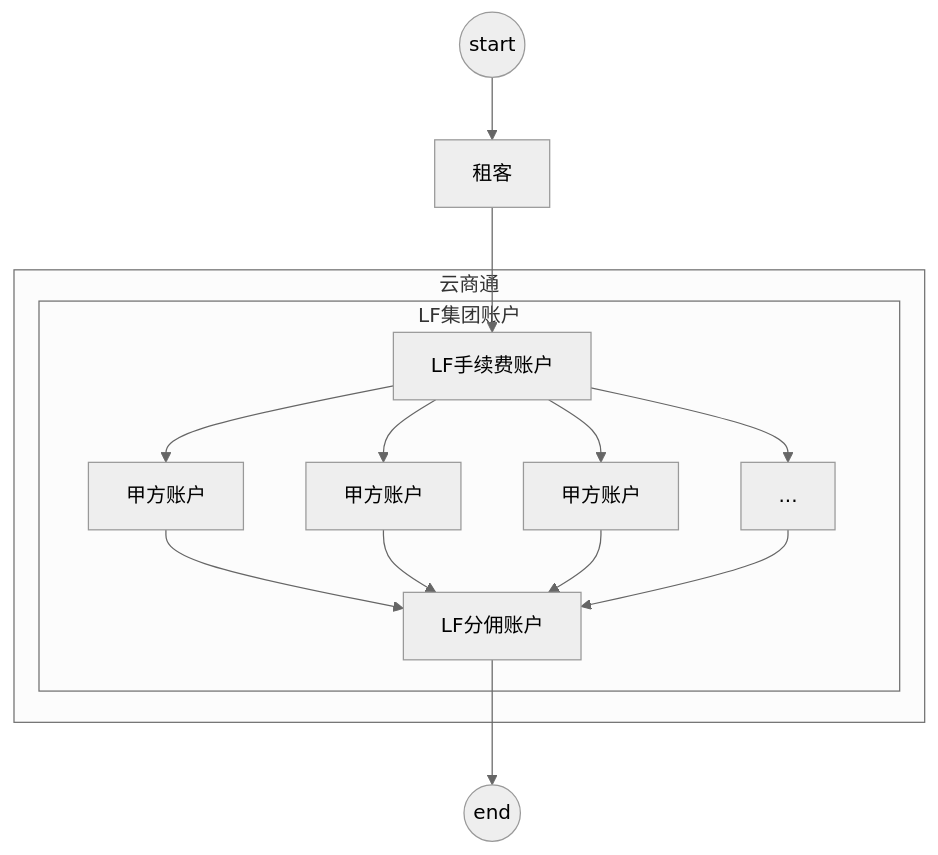
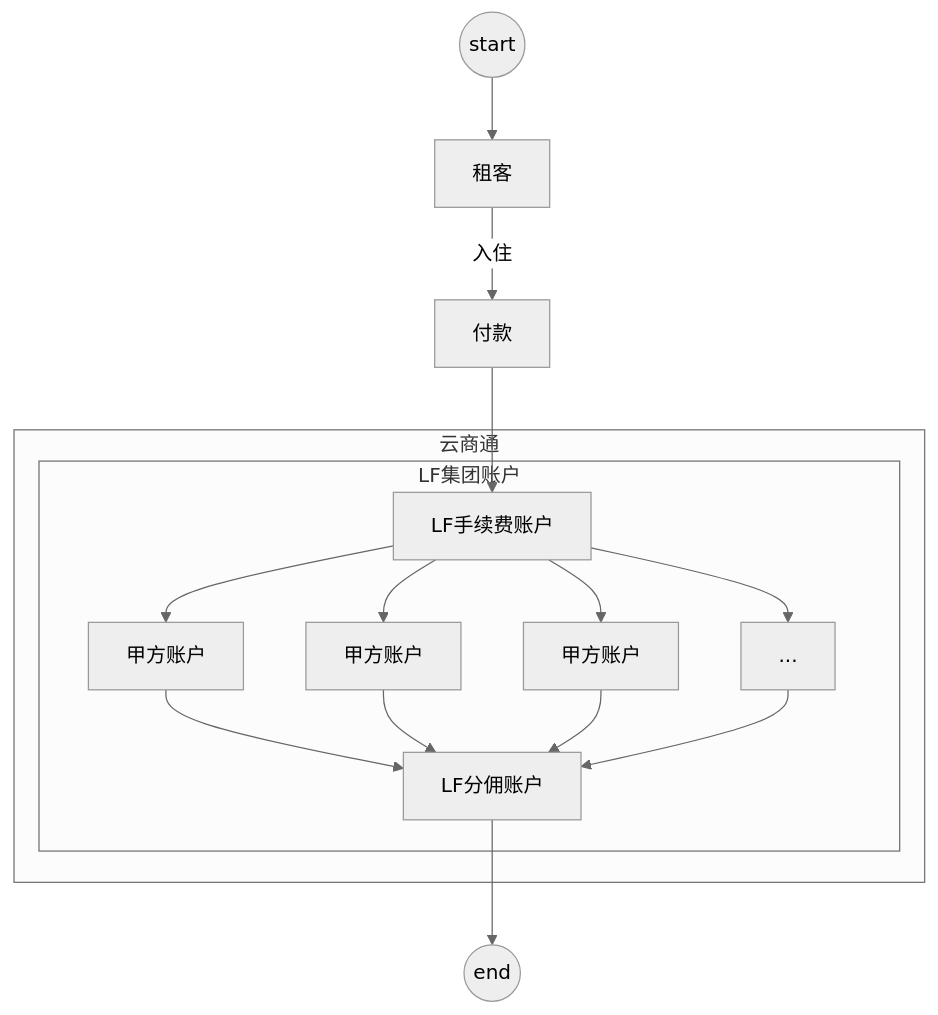
The first of 4 diagrams in pay/allinpay.md (kxshu/mdp-lab), drawn with Mermaid (neutral theme) before and after one commit. The commit also changed other lines of this file, not shown here.

Commit message:
add flowchart

````diff
--- a/pay/allinpay.md
+++ b/pay/allinpay.md
@@ -4,29 +4,31 @@
 ```mermaid
 graph TD;
 a[甲方账户];
 b[甲方账户];
 c[甲方账户];
 cc[...];
 dd[LF手续费账户];
 e["LF分佣账户"];
 zk[租客];
+pay[付款]
 
 a1((start))-->zk
-zk-->dd
+zk--入住-->pay
+pay-->dd
 subgraph 云商通
 subgraph LF集团账户
 
 
 dd-->a;
 dd-->b;
 dd-->c;
 dd-->cc;
 
 a-->e
 b-->e
 c-->e
 cc-->e
 end
 end
 e-->b1((end))
 ```
````
